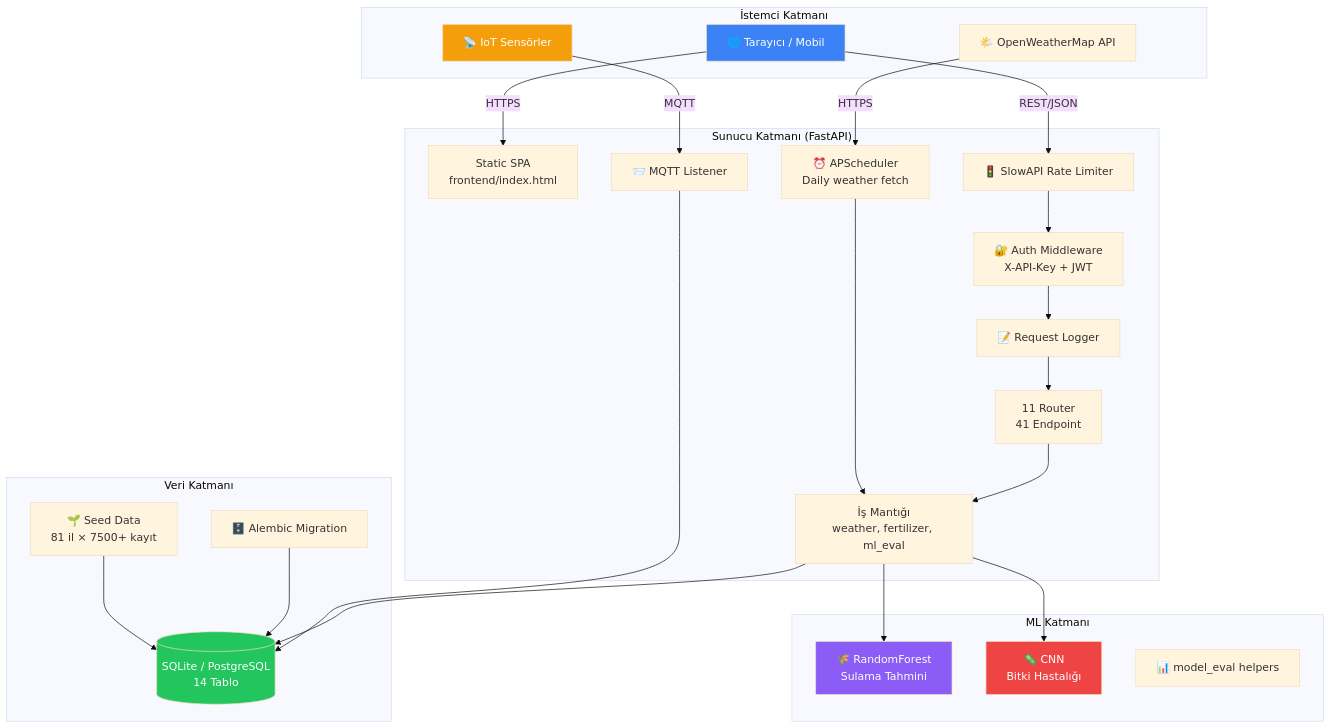
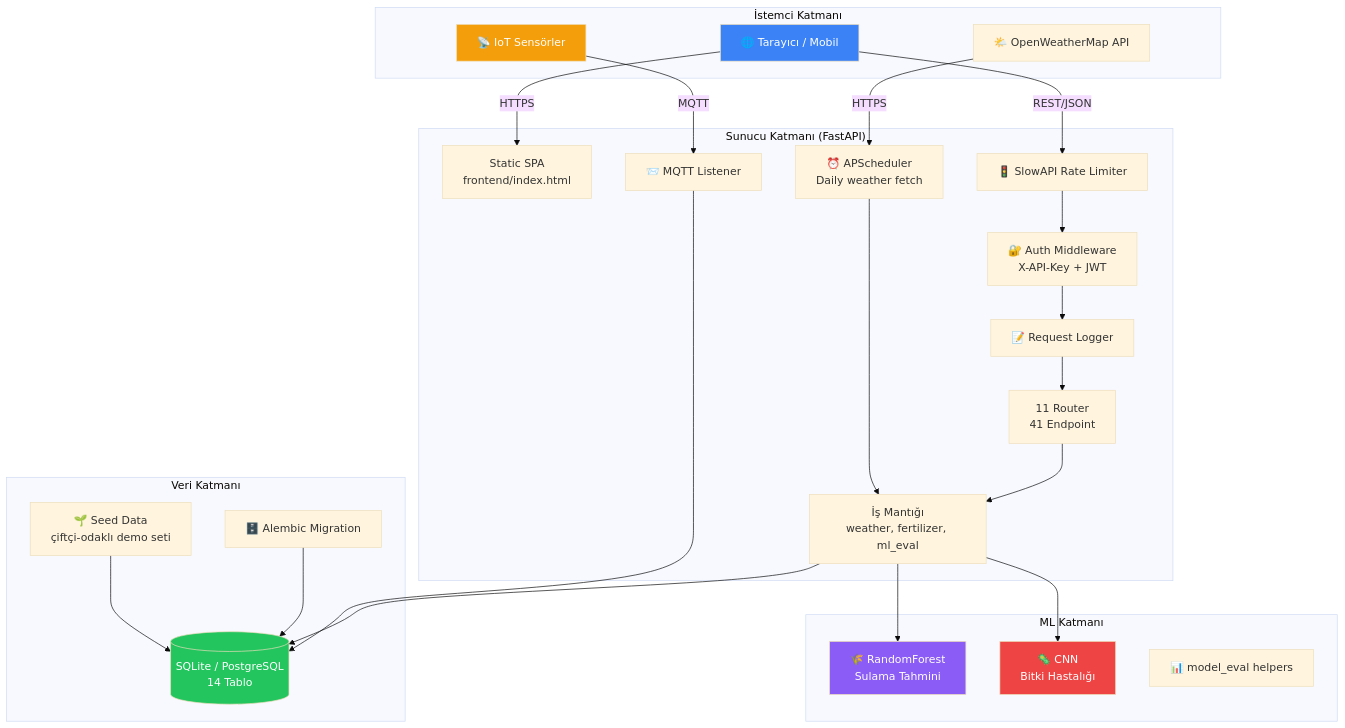
Before and after one commit to Ohualtex/Smart_Farming_Data_Analysis_Platform: the first of 6 diagrams in docs/architecture.md, drawn with Mermaid (base theme). The commit also changed other lines of this file and 12 other files, not shown here.

````diff
--- a/docs/architecture.md
+++ b/docs/architecture.md
@@ -10,55 +10,55 @@
 ```mermaid
 graph TB
     subgraph "İstemci Katmanı"
         Browser[🌐 Tarayıcı / Mobil]
         Sensor[📡 IoT Sensörler]
         ExtAPI[🌤️ OpenWeatherMap API]
     end
 
     subgraph "Sunucu Katmanı (FastAPI)"
         Static[Static SPA<br/>frontend/index.html]
         Auth[🔐 Auth Middleware<br/>X-API-Key + JWT]
         RateLimit[🚦 SlowAPI Rate Limiter]
         ReqLog[📝 Request Logger]
         Routers[11 Router<br/>41 Endpoint]
         Services[İş Mantığı<br/>weather, fertilizer, ml_eval]
         Tasks[⏰ APScheduler<br/>Daily weather fetch]
         MQTT[📨 MQTT Listener]
     end
 
     subgraph "ML Katmanı"
         Irrigation[🌾 RandomForest<br/>Sulama Tahmini]
         CNN[🦠 CNN<br/>Bitki Hastalığı]
         Eval[📊 model_eval helpers]
     end
 
     subgraph "Veri Katmanı"
         DB[(SQLite / PostgreSQL<br/>14 Tablo)]
         Migration[🗄️ Alembic Migration]
-        Seed[🌱 Seed Data<br/>81 il × 7500+ kayıt]
+        Seed[🌱 Seed Data<br/>çiftçi-odaklı demo seti]
     end
 
     Browser -->|HTTPS| Static
     Browser -->|REST/JSON| RateLimit
     Sensor -->|MQTT| MQTT
     ExtAPI -->|HTTPS| Tasks
 
     RateLimit --> Auth
     Auth --> ReqLog
     ReqLog --> Routers
     Routers --> Services
     Services --> DB
     Services --> Irrigation
     Services --> CNN
     Tasks --> Services
     MQTT --> DB
 
     Migration --> DB
     Seed --> DB
 
     style Browser fill:#3b82f6,color:#fff
     style Sensor fill:#f59e0b,color:#fff
     style DB fill:#22c55e,color:#fff
     style Irrigation fill:#8b5cf6,color:#fff
     style CNN fill:#ef4444,color:#fff
 ```
````
